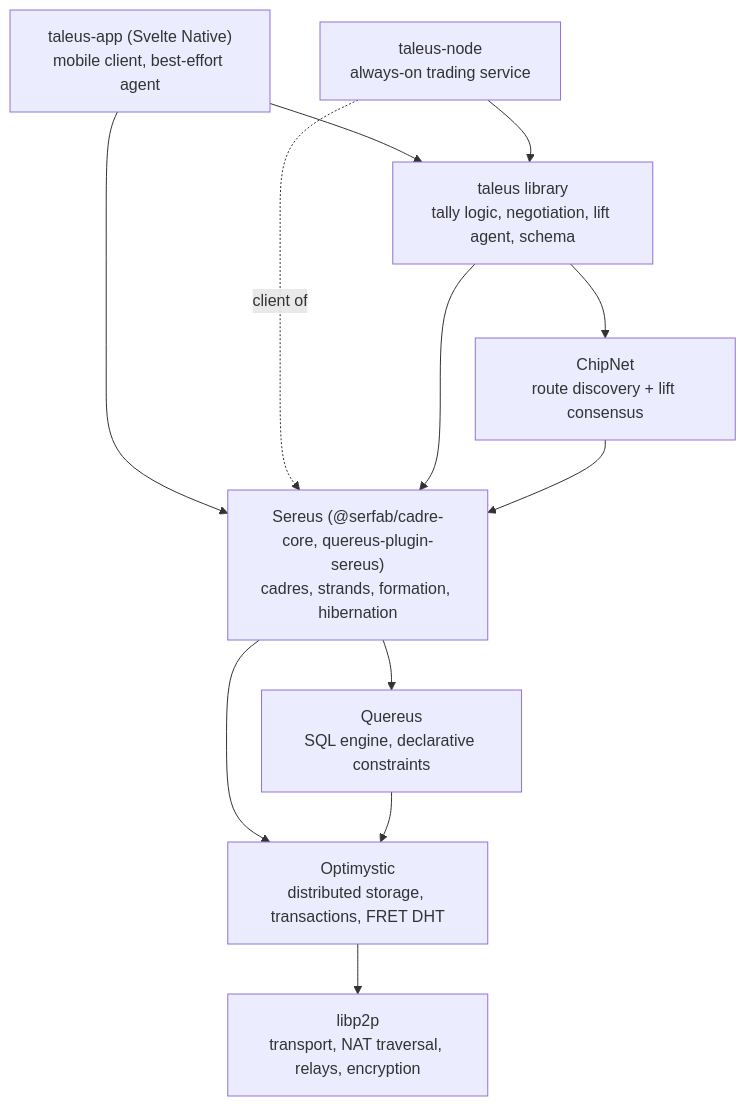
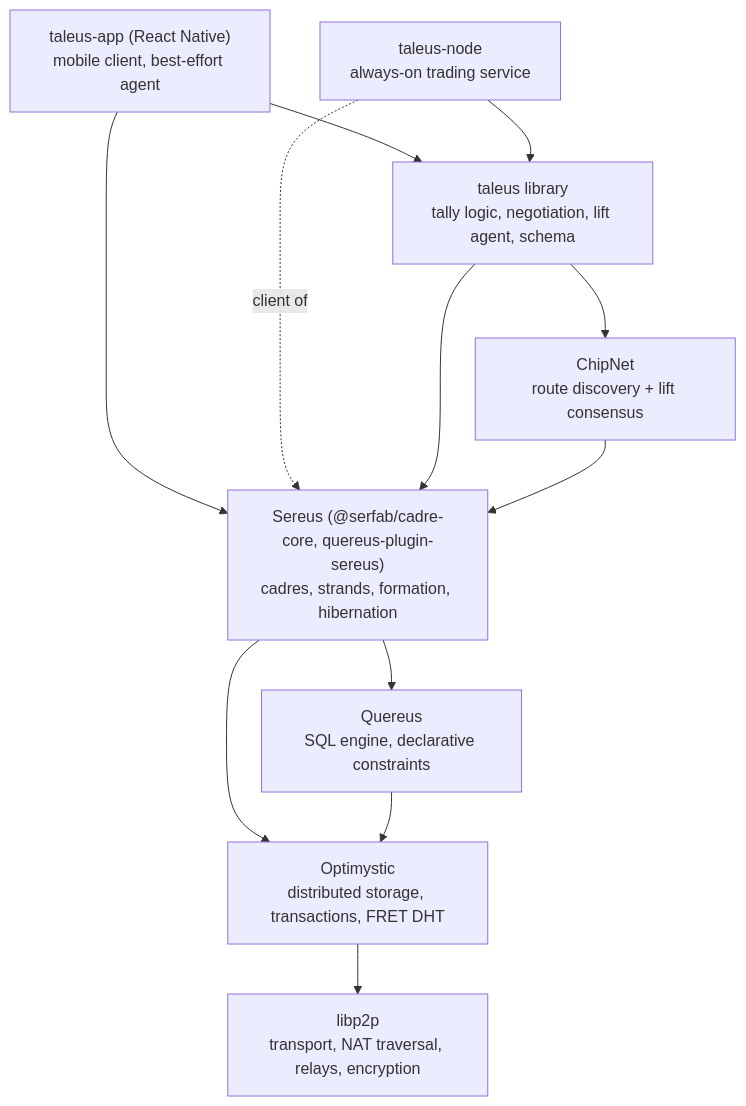
One commit to gotchoices/taleus changed the diagram in docs/architecture.md. Above: the diagram before and after it, drawn with Mermaid. The commit also changed other lines of this file and 13 other files, not shown here.

````diff
--- a/docs/architecture.md
+++ b/docs/architecture.md
@@ -28,14 +28,14 @@
 ```mermaid
 graph TD
-    App["taleus-app (Svelte Native)<br/>mobile client, best-effort agent"] --> Lib["taleus library<br/>tally logic, negotiation, lift agent, schema"]
+    App["taleus-app (React Native)<br/>mobile client, best-effort agent"] --> Lib["taleus library<br/>tally logic, negotiation, lift agent, schema"]
     Node["taleus-node<br/>always-on trading service"] --> Lib
     App --> Sereus
     Node -. client of .-> Sereus
     Lib --> CN["ChipNet<br/>route discovery + lift consensus"]
     Lib --> Sereus["Sereus (@serfab/cadre-core, quereus-plugin-sereus)<br/>cadres, strands, formation, hibernation"]
     CN --> Sereus
     Sereus --> Q["Quereus<br/>SQL engine, declarative constraints"]
     Sereus --> O["Optimystic<br/>distributed storage, transactions, FRET DHT"]
     Q --> O
     O --> L["libp2p<br/>transport, NAT traversal, relays, encryption"]
 ```
````
